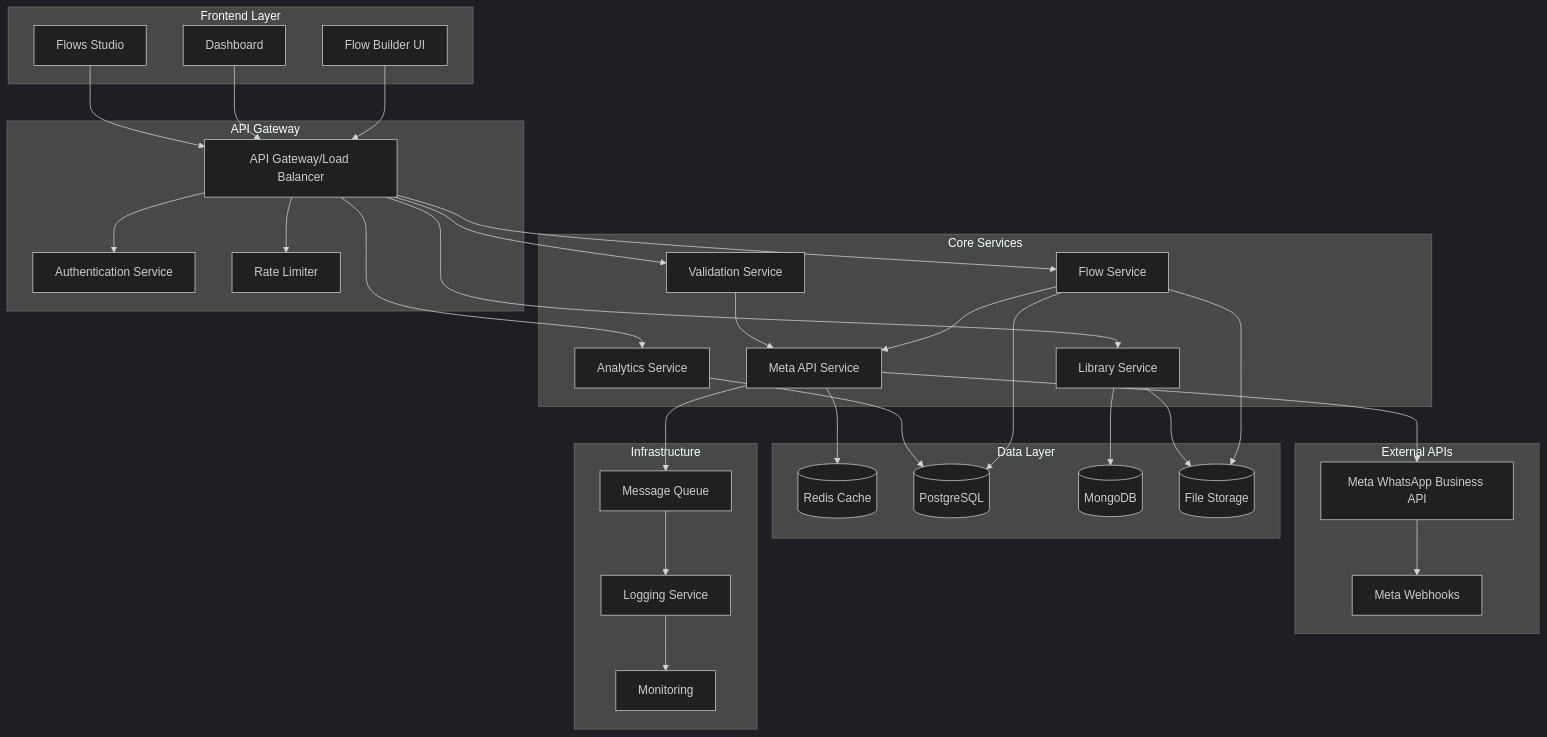
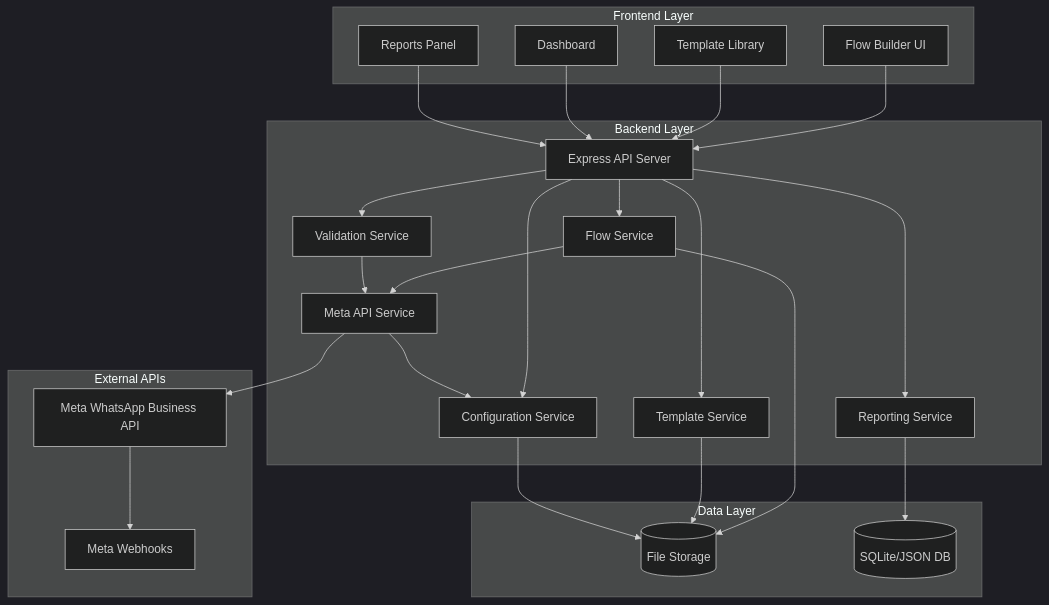
The diagram in .kiro/specs/whatsapp-flow-backend/design.md (Karunakar491/CTWA), drawn with Mermaid (dark theme) before and after one commit. The commit also changed other lines of this file and 26 other files, not shown here.

````diff
--- a/.kiro/specs/whatsapp-flow-backend/design.md
+++ b/.kiro/specs/whatsapp-flow-backend/design.md
@@ -13,68 +35,52 @@
 ```mermaid
 graph TB
     subgraph "Frontend Layer"
         FB[Flow Builder UI]
-        DS[Dashboard]
-        FS[Flows Studio]
+        LIB[Template Library]
+        DASH[Dashboard]
+        REP[Reports Panel]
     end
     
-    subgraph "API Gateway"
-        AG[API Gateway/Load Balancer]
-        AUTH[Authentication Service]
-        RATE[Rate Limiter]
-    end
-    
-    subgraph "Core Services"
-        FS_SVC[Flow Service]
-        VAL_SVC[Validation Service]
-        LIB_SVC[Library Service]
-        META_SVC[Meta API Service]
-        ANALYTICS[Analytics Service]
+    subgraph "Backend Layer"
+        API[Express API Server]
+        FLOW[Flow Service]
+        VAL[Validation Service]
+        TMPL[Template Service]
+        META[Meta API Service]
+        REPORT[Reporting Service]
+        CONFIG[Configuration Service]
     end
     
     subgraph "Data Layer"
-        REDIS[(Redis Cache)]
-        POSTGRES[(PostgreSQL)]
-        MONGO[(MongoDB)]
-        S3[(File Storage)]
+        FS[(File Storage)]
+        DB[(SQLite/JSON DB)]
     end
     
     subgraph "External APIs"
         META_API[Meta WhatsApp Business API]
         WEBHOOK[Meta Webhooks]
     end
     
-    subgraph "Infrastructure"
-        QUEUE[Message Queue]
-        LOGS[Logging Service]
-        MONITOR[Monitoring]
-    end
+    FB --> API
+    LIB --> API
+    DASH --> API
+    REP --> API
     
-    FB --> AG
-    DS --> AG
-    FS --> AG
+    API --> FLOW
+    API --> VAL
+    API --> TMPL
+    API --> REPORT
+    API --> CONFIG
     
-    AG --> AUTH
-    AG --> RATE
-    AG --> FS_SVC
-    AG --> VAL_SVC
-    AG --> LIB_SVC
-    AG --> ANALYTICS
-    
-    FS_SVC --> META_SVC
-    VAL_SVC --> META_SVC
-    META_SVC --> META_API
+    FLOW --> META
+    VAL --> META
+    META --> META_API
     META_API --> WEBHOOK
     
-    FS_SVC --> POSTGRES
-    LIB_SVC --> MONGO
-    META_SVC --> REDIS
-    ANALYTICS --> POSTGRES
+    FLOW --> FS
+    TMPL --> FS
+    REPORT --> DB
+    CONFIG --> FS
     
-    FS_SVC --> S3
-    LIB_SVC --> S3
-    
-    META_SVC --> QUEUE
-    QUEUE --> LOGS
-    LOGS --> MONITOR
+    META --> CONFIG
 ```
````
